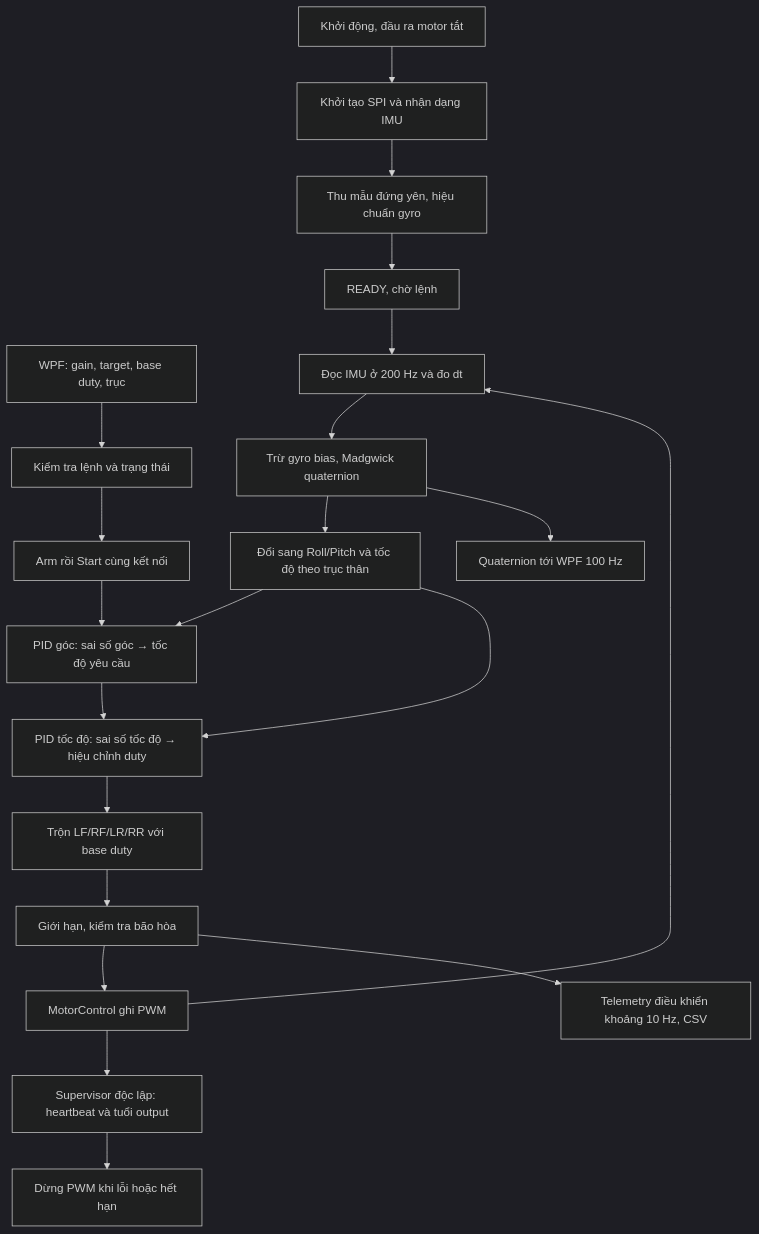
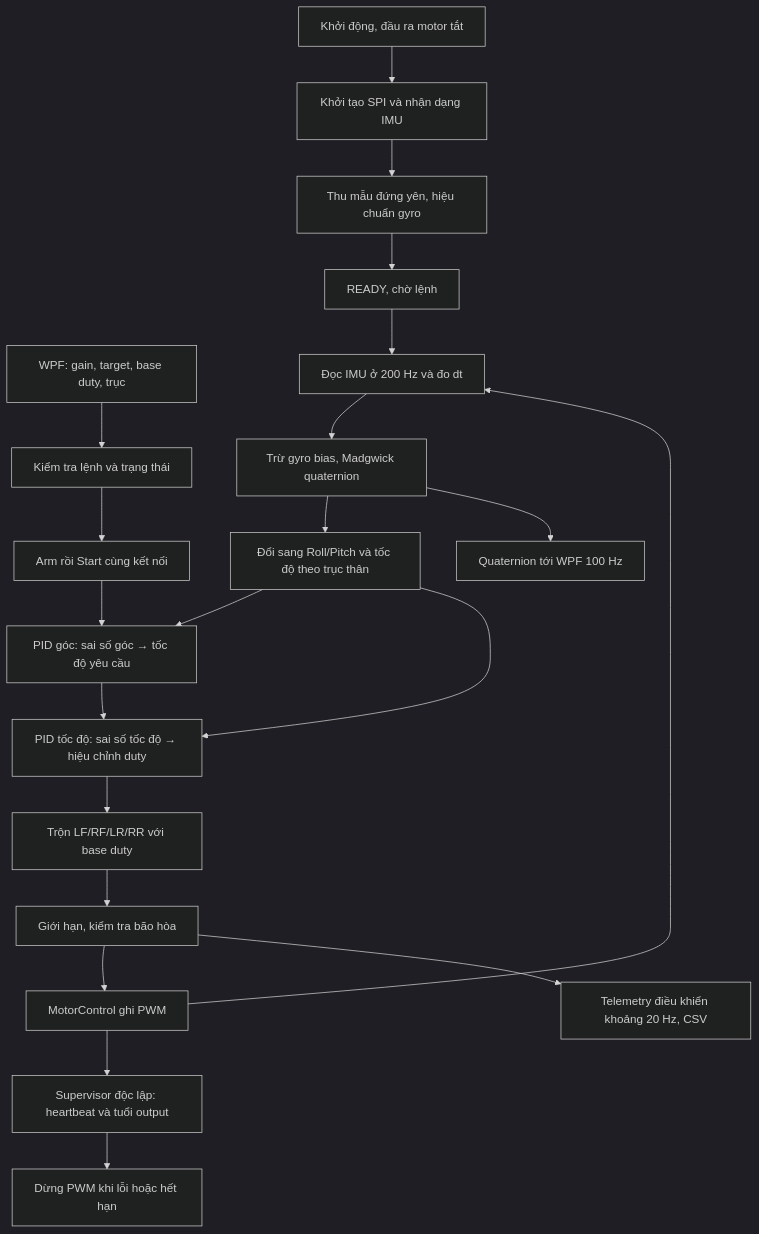
One commit to hlqkhanh/MiniDrone changed the diagram in doc/vi/luong-dieu-khien-cascade.md. Above: the diagram before and after it, drawn with Mermaid (dark theme). The commit also changed other lines of this file and 6 other files, not shown here.

````diff
--- a/doc/vi/luong-dieu-khien-cascade.md
+++ b/doc/vi/luong-dieu-khien-cascade.md
@@ -29,23 +44,23 @@
 ```mermaid
 flowchart TD
     Boot[Khởi động, đầu ra motor tắt] --> Init[Khởi tạo SPI và nhận dạng IMU]
     Init --> Cal[Thu mẫu đứng yên, hiệu chuẩn gyro]
     Cal --> Ready[READY, chờ lệnh]
     App[WPF: gain, target, base duty, trục] --> Commands[Kiểm tra lệnh và trạng thái]
     Commands --> Arm[Arm rồi Start cùng kết nối]
     Ready --> Sample[Đọc IMU ở 200 Hz và đo dt]
     Sample --> Estimate[Trừ gyro bias, Madgwick quaternion]
     Estimate --> Map[Đổi sang Roll/Pitch và tốc độ theo trục thân]
     Map --> Outer[PID góc: sai số góc → tốc độ yêu cầu]
     Arm --> Outer
     Outer --> Inner[PID tốc độ: sai số tốc độ → hiệu chỉnh duty]
     Map --> Inner
     Inner --> Mix[Trộn LF/RF/LR/RR với base duty]
     Mix --> Limit[Giới hạn, kiểm tra bão hòa]
     Limit --> PWM[MotorControl ghi PWM]
     PWM --> Sample
     Estimate --> View[Quaternion tới WPF 100 Hz]
-    Limit --> Log[Telemetry điều khiển khoảng 10 Hz, CSV]
+    Limit --> Log[Telemetry điều khiển khoảng 20 Hz, CSV]
     Guard[Supervisor độc lập: heartbeat và tuổi output] --> Stop[Dừng PWM khi lỗi hoặc hết hạn]
     PWM --> Guard
 ```
````
